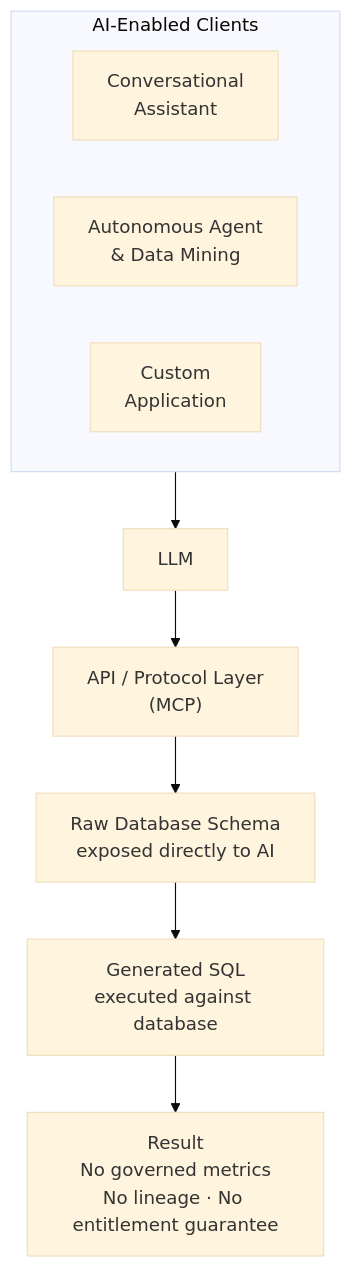
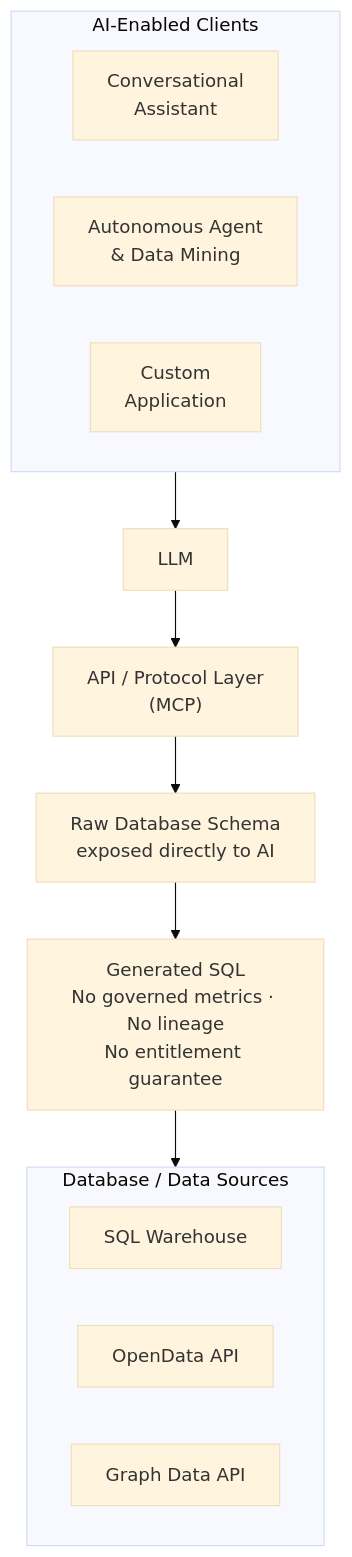
Before and after one commit to M-A-Operating-System/shared-work: the first of 2 diagrams in docs/product/analytics/00-overview.md, drawn with Mermaid (base theme). The commit also changed other lines of this file, not shown here.

Commit message:
docs(analytics): align both diagrams with identical Database / Data Sources subgraph
Text-to-SQL diagram now ends with the same 'Database / Data Sources' subgraph (SQL Warehouse, OpenData API, Graph Data API). The governance deficit message moved onto the Generated SQL node. Both diagrams now share: AI-Enabled Clients, LLM, API/Protocol Layer (MCP), and Database / Data Sources.

https://claude.ai/code/session_012QCrGCsT9RdYkxWu5xzNAh

````diff
--- a/docs/product/analytics/00-overview.md
+++ b/docs/product/analytics/00-overview.md
@@ -114,19 +114,24 @@
 ```mermaid
 flowchart TB
     subgraph clients["AI-Enabled Clients"]
         direction LR
         C1["Conversational\nAssistant"]
         C2["Autonomous Agent\n& Data Mining"]
         C3["Custom\nApplication"]
     end
     L["LLM"]
     M["API / Protocol Layer\n(MCP)"]
     T1["Raw Database Schema\nexposed directly to AI"]
-    T2["Generated SQL\nexecuted against database"]
-    T3["Result\nNo governed metrics\nNo lineage · No entitlement guarantee"]
+    T2["Generated SQL\nNo governed metrics · No lineage\nNo entitlement guarantee"]
+    subgraph data["Database / Data Sources"]
+        direction LR
+        D1["SQL Warehouse"]
+        D2["OpenData API"]
+        D3["Graph Data API"]
+    end
     clients --> L
     L --> M
     M --> T1
     T1 --> T2
-    T2 --> T3
+    T2 --> data
 ```
````
